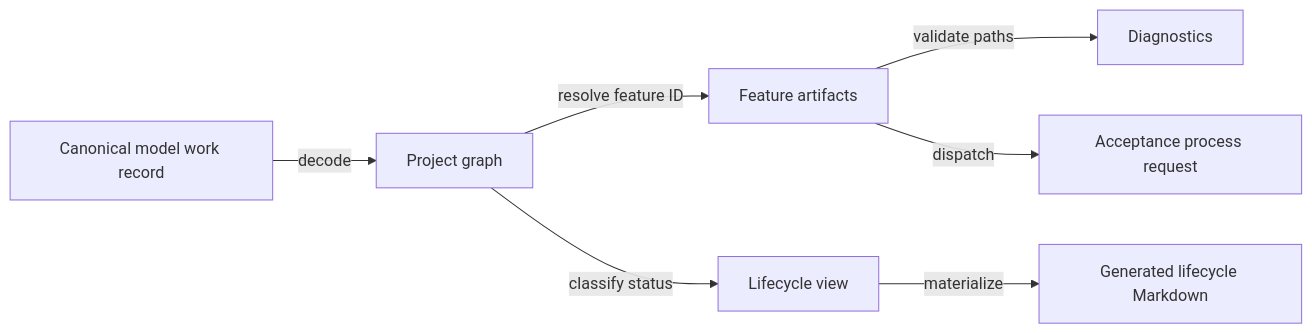
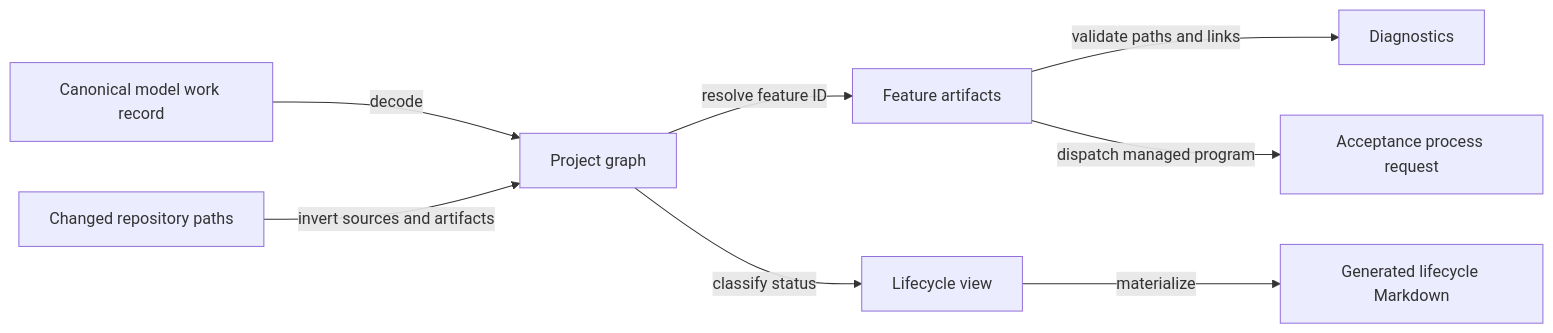
One commit to phibkro/semantic-systems changed the diagram in design-specs/0049-canonical-work-lifecycle.md. Above: the diagram before and after it, drawn with Mermaid. The commit also changed other lines of this file and 1 other file, not shown here.

````diff
--- a/design-specs/0049-canonical-work-lifecycle.md
+++ b/design-specs/0049-canonical-work-lifecycle.md
@@ -153,9 +212,10 @@
 ```mermaid
 flowchart LR
     M[Canonical model work record] -->|decode| G[Project graph]
+    C[Changed repository paths] -->|invert sources and artifacts| G
     G -->|resolve feature ID| R[Feature artifacts]
     G -->|classify status| V[Lifecycle view]
-    R -->|validate paths| D[Diagnostics]
-    R -->|dispatch| A[Acceptance process request]
+    R -->|validate paths and links| D[Diagnostics]
+    R -->|dispatch managed program| A[Acceptance process request]
     V -->|materialize| F[Generated lifecycle Markdown]
 ```
````
